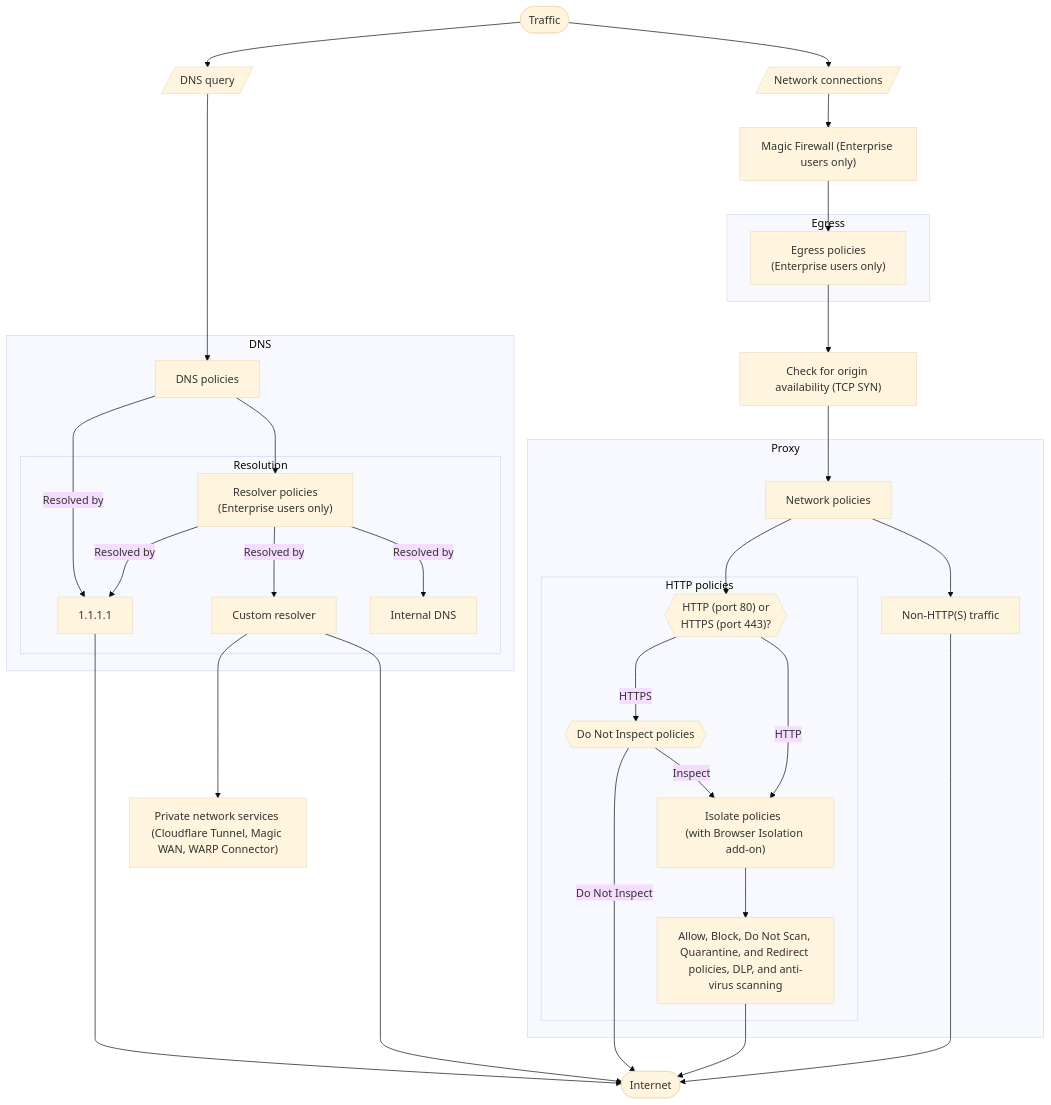
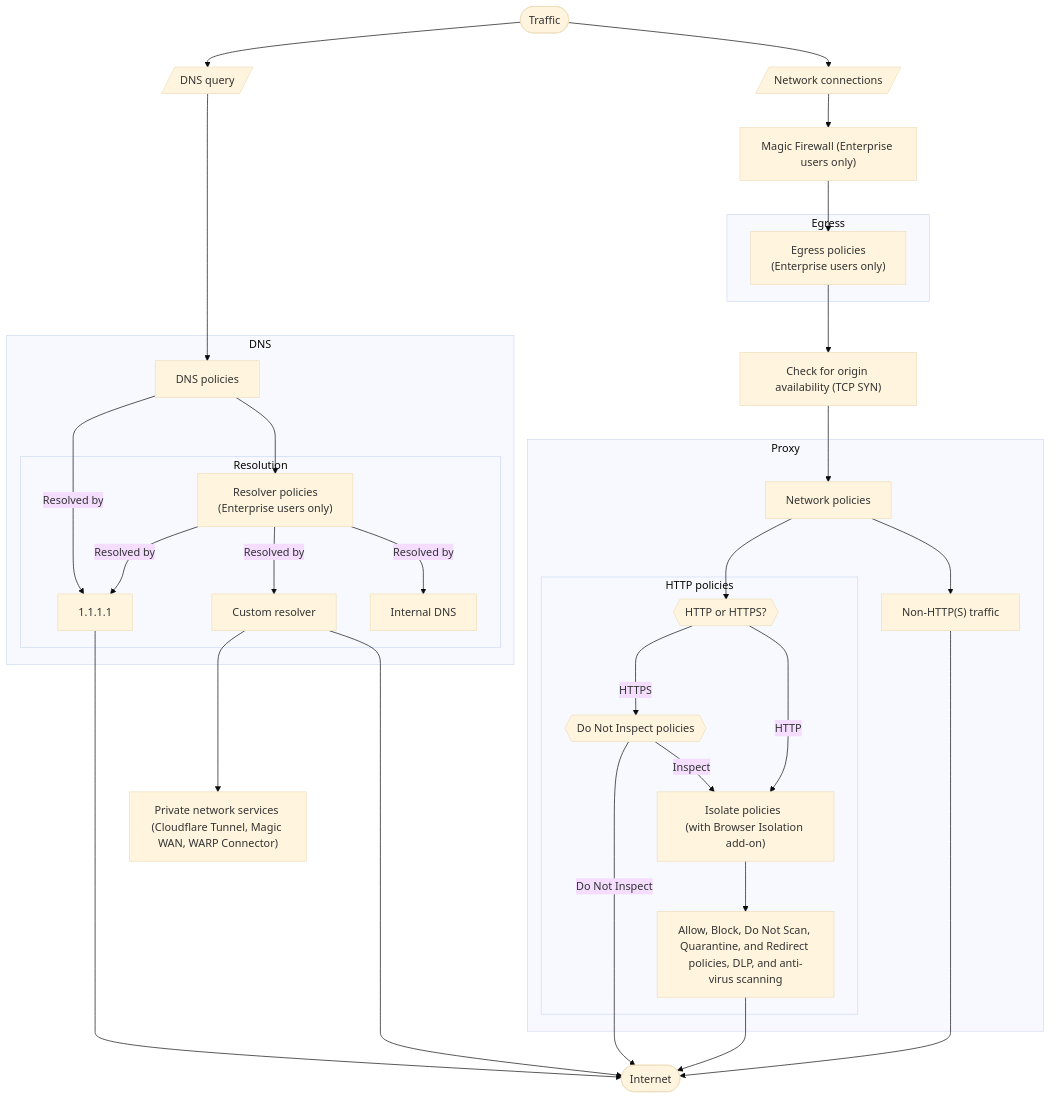
Before and after one commit to rdhanarot/cloudflare-docs: the diagram in src/content/partials/cloudflare-one/gateway/order-of-enforcement.mdx, drawn with Mermaid (base theme). The commit also changed other lines of this file and 2 other files, not shown here.

Commit message:
[Gateway] Apply suggestions (#24254)
* Apply suggestions

* Fix styling

* Add obtaining IPv6 links

````diff
--- a/src/content/partials/cloudflare-one/gateway/order-of-enforcement.mdx
+++ b/src/content/partials/cloudflare-one/gateway/order-of-enforcement.mdx
@@ -7,55 +7,55 @@
 ```mermaid
 flowchart TB
     %% Accessibility
     accTitle: Gateway order of enforcement
     accDescr: Flowchart describing the order of enforcement for Gateway policies.
 
  subgraph Resolution["Resolution"]
         dns2["1.1.1.1"]
         dns4["Custom resolver"]
         dns3["Resolver policies <br>(Enterprise users only)"]
         internal["Internal DNS"]
   end
  subgraph DNS["DNS"]
         dns1["DNS policies"]
         Resolution
   end
  subgraph HTTP["HTTP policies"]
         http1{{"Do Not Inspect policies"}}
         http2["Isolate policies  <br>(with Browser Isolation add-on)"]
         http3["Allow, Block, Do Not Scan, Quarantine, and Redirect policies, DLP, and anti-virus scanning"]
-        https["HTTP (port 80) or<br>HTTPS (port 443)?"]
+        https["HTTP or HTTPS?"]
   end
  subgraph Proxy["Proxy"]
         HTTP
         network1["Network policies"]
         nonhttp["Non-HTTP(S) traffic"]
   end
  subgraph Egress["Egress"]
         egress1["Egress policies <br>(Enterprise users only)"]
   end
     start(["Traffic"]) --> dns0[/"DNS query"/] & http0["Network connections"]
     dns0 ----> dns1
     dns1 -- Resolved by --> dns2
     dns1 --> dns3
     dns3 -- Resolved by --> dns4
     dns2 -----> internet(["Internet"])
     dns4 -----> internet
     dns4 ---> cloudflare["Private network services <br>(Cloudflare Tunnel, Magic WAN, WARP Connector)"]
     http1 -- Do Not Inspect --> internet
     http1 -- Inspect --> http2
     http2 --> http3
     http0 --> magic["Magic Firewall (Enterprise users only)"]
     magic --> egress1
     egress1 --> tcp["Check for origin availability (TCP SYN)"]
     tcp --> network1
     http3 --> internet
     https -- HTTPS --> http1
     https -- HTTP --> http2
     network1 --> https & nonhttp
     dns3 -- Resolved by --> internal & dns2
     nonhttp -----> internet
 
     https@{ shape: hex}
     http0@{ shape: lean-r}
 ```
````
